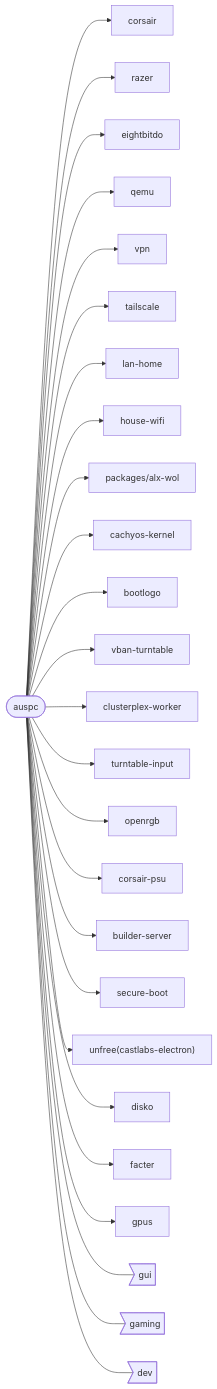
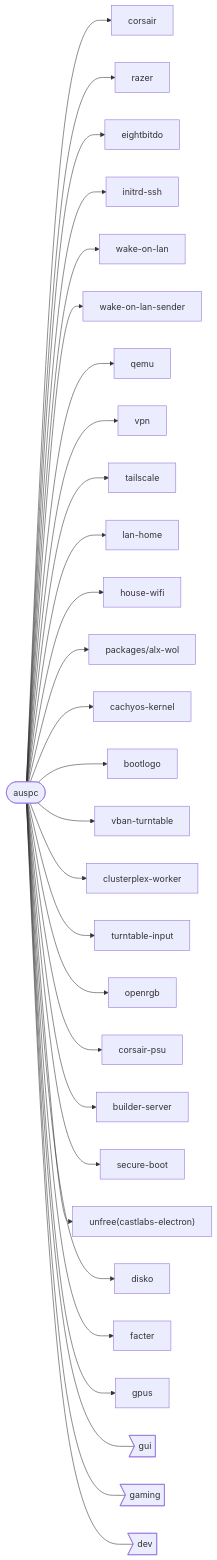
One commit to auscyber/dotfiles changed the third of 13 diagrams in README.md. Above: the diagram before and after it, drawn with Mermaid. The commit also changed other lines of this file and 6 other files, not shown here.

````diff
--- a/README.md
+++ b/README.md
@@ -365,29 +369,32 @@
 ```mermaid
 graph LR
   root([auspc])
   root --> n0fb7ec51ff["corsair"]
   root --> ncacab80da8["razer"]
   root --> n00e01e76d5["eightbitdo"]
+  root --> n214b18b9eb["initrd-ssh"]
+  root --> n69d2f567a8["wake-on-lan"]
+  root --> nb1395d6d2c["wake-on-lan-sender"]
   root --> na9d26e348d["qemu"]
   root --> n3fe17355b4["vpn"]
   root --> n15f90b1816["tailscale"]
   root --> n0e2c71be78["lan-home"]
   root --> n15c6f3bbbf["house-wifi"]
   root --> n131c44cab8["packages/alx-wol"]
   root --> nf91b55fc3b["cachyos-kernel"]
   root --> nec642d3c89["bootlogo"]
   root --> n6897a39f1b["vban-turntable"]
   root --> nb94674c410["clusterplex-worker"]
   root --> n12b6f67f23["turntable-input"]
   root --> n05aa32d2ba["openrgb"]
   root --> nc5f3ad6aa8["corsair-psu"]
   root --> nb7010eea24["builder-server"]
   root --> nad11594aeb["secure-boot"]
   root --> nfd07ae4afc["unfree(castlabs-electron)"]
   root --> n20927c4aee["disko"]
   root --> n4cb3064114["facter"]
   root --> nc397a83afb["gpus"]
   root --- nd6a7af1345>"gui"]
   root --- n47618c808d>"gaming"]
   root --- n34c6fceca7>"dev"]
 ```
````
